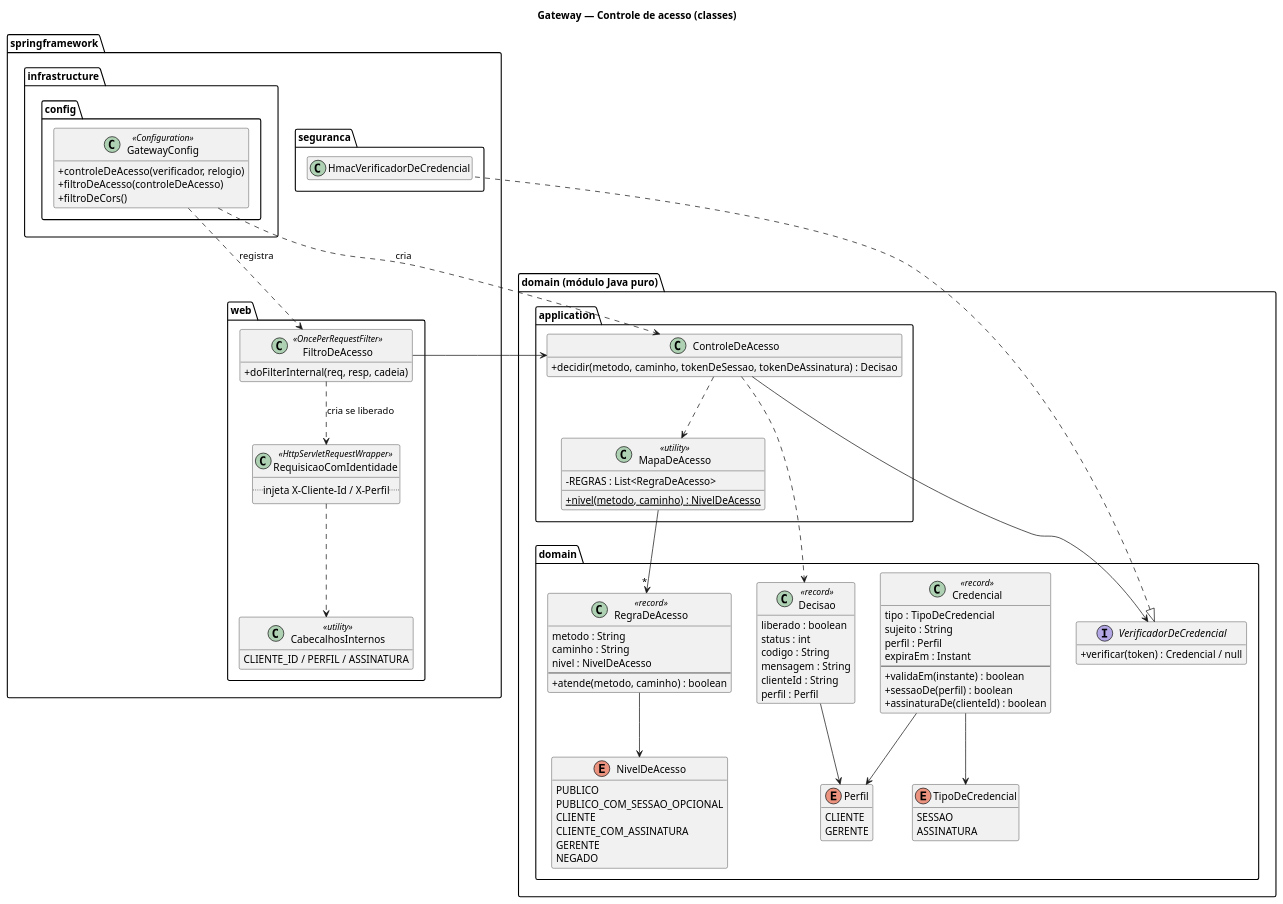
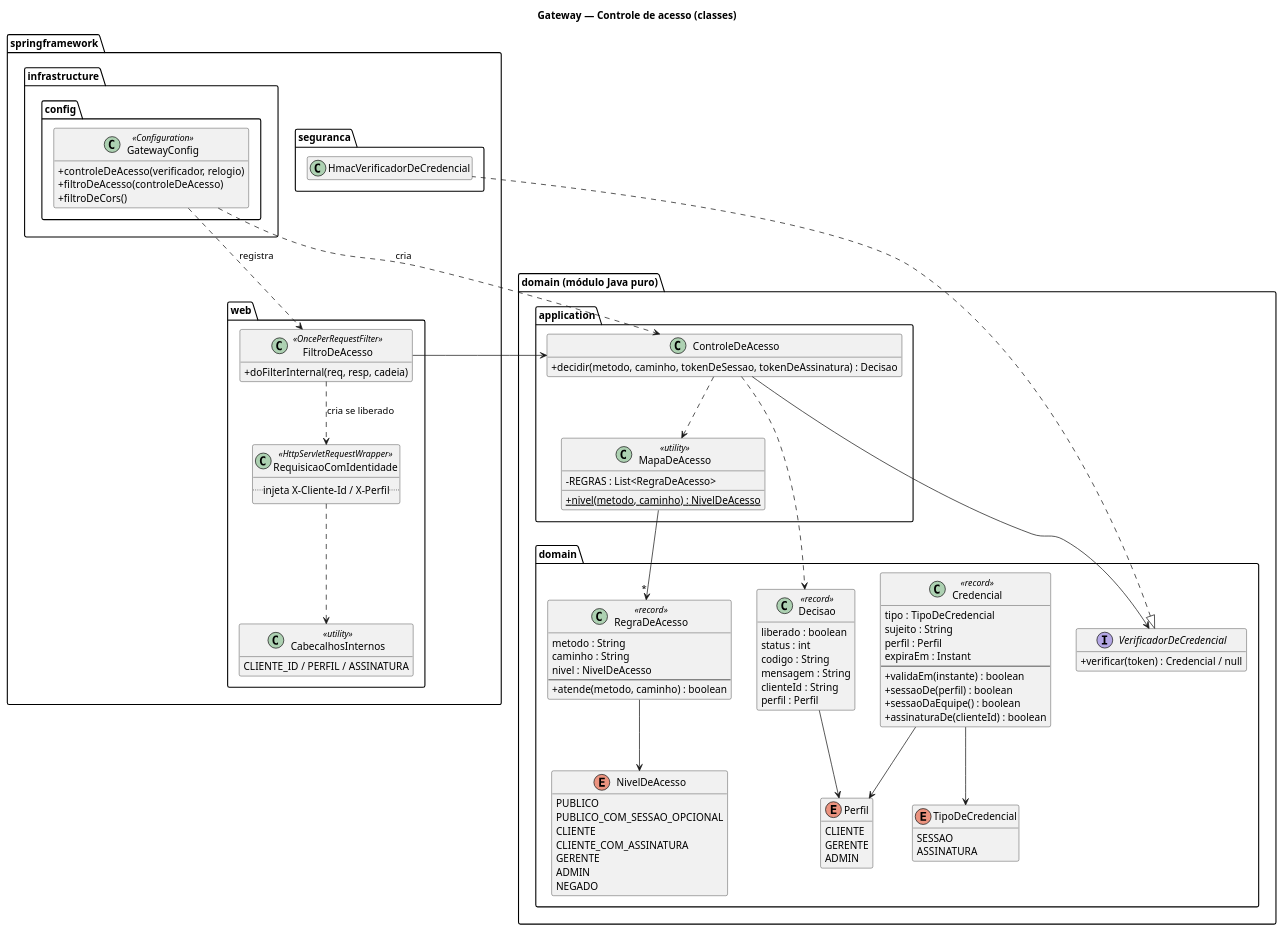
One commit to Endrigogustavo/OrbitaPay changed the diagram in docs/plantuml/04-gateway.puml. Above: the diagram before and after it, drawn with PlantUML. The commit also changed 71 other files, not shown here.

```diff
--- a/docs/plantuml/04-gateway.puml
+++ b/docs/plantuml/04-gateway.puml
@@ -1,108 +1,111 @@
 @startuml 04-gateway
 title Gateway — Controle de acesso (classes)
 
 skinparam shadowing false
 skinparam defaultFontName "Segoe UI"
 skinparam classAttributeIconSize 0
 hide empty members
 
 package "springframework" {
   package "web" {
     class FiltroDeAcesso <<OncePerRequestFilter>> {
       + doFilterInternal(req, resp, cadeia)
     }
     class RequisicaoComIdentidade <<HttpServletRequestWrapper>> {
       .. injeta X-Cliente-Id / X-Perfil ..
     }
     class CabecalhosInternos <<utility>> {
       CLIENTE_ID / PERFIL / ASSINATURA
     }
   }
 
   package "seguranca" {
     class HmacVerificadorDeCredencial
   }
 
   package "infrastructure.config" {
     class GatewayConfig <<Configuration>> {
       + controleDeAcesso(verificador, relogio)
       + filtroDeAcesso(controleDeAcesso)
       + filtroDeCors()
     }
   }
 }
 
 package "domain (módulo Java puro)" {
   package "application" {
     class ControleDeAcesso {
       + decidir(metodo, caminho, tokenDeSessao, tokenDeAssinatura) : Decisao
     }
     class MapaDeAcesso <<utility>> {
       - REGRAS : List<RegraDeAcesso>
       + {static} nivel(metodo, caminho) : NivelDeAcesso
     }
   }
 
   package "domain" {
     interface VerificadorDeCredencial {
       + verificar(token) : Credencial / null
     }
     class Credencial <<record>> {
       tipo : TipoDeCredencial
       sujeito : String
       perfil : Perfil
       expiraEm : Instant
       --
       + validaEm(instante) : boolean
       + sessaoDe(perfil) : boolean
+      + sessaoDaEquipe() : boolean
       + assinaturaDe(clienteId) : boolean
     }
     class RegraDeAcesso <<record>> {
       metodo : String
       caminho : String
       nivel : NivelDeAcesso
       --
       + atende(metodo, caminho) : boolean
     }
     class Decisao <<record>> {
       liberado : boolean
       status : int
       codigo : String
       mensagem : String
       clienteId : String
       perfil : Perfil
     }
     enum NivelDeAcesso {
       PUBLICO
       PUBLICO_COM_SESSAO_OPCIONAL
       CLIENTE
       CLIENTE_COM_ASSINATURA
       GERENTE
+      ADMIN
       NEGADO
     }
     enum Perfil {
       CLIENTE
       GERENTE
+      ADMIN
     }
     enum TipoDeCredencial {
       SESSAO
       ASSINATURA
     }
   }
 }
 
 GatewayConfig ..> ControleDeAcesso : cria
 GatewayConfig ..> FiltroDeAcesso : registra
 FiltroDeAcesso --> ControleDeAcesso
 FiltroDeAcesso ..> RequisicaoComIdentidade : cria se liberado
 RequisicaoComIdentidade ..> CabecalhosInternos
 ControleDeAcesso ..> MapaDeAcesso
 ControleDeAcesso --> VerificadorDeCredencial
 VerificadorDeCredencial <|.. HmacVerificadorDeCredencial
 ControleDeAcesso ..> Decisao
 Decisao --> Perfil
 Credencial --> TipoDeCredencial
 Credencial --> Perfil
 MapaDeAcesso --> "*" RegraDeAcesso
 RegraDeAcesso --> NivelDeAcesso
 @enduml
```
